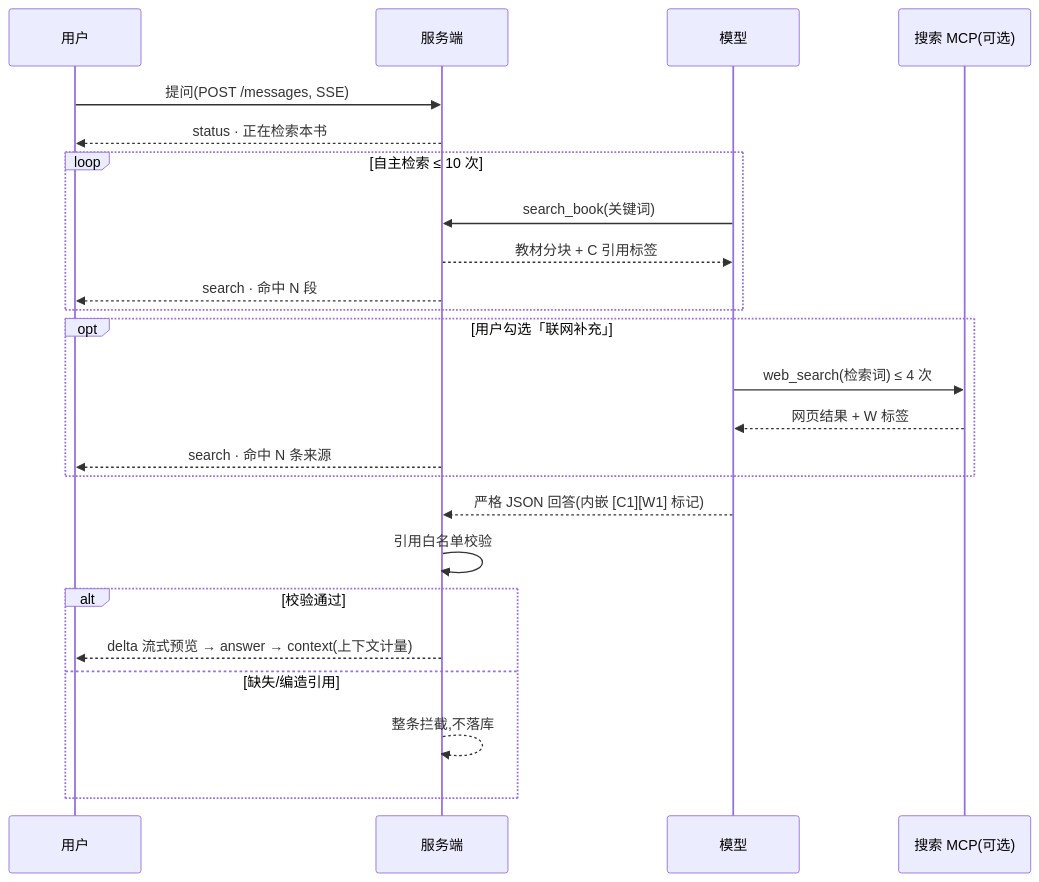
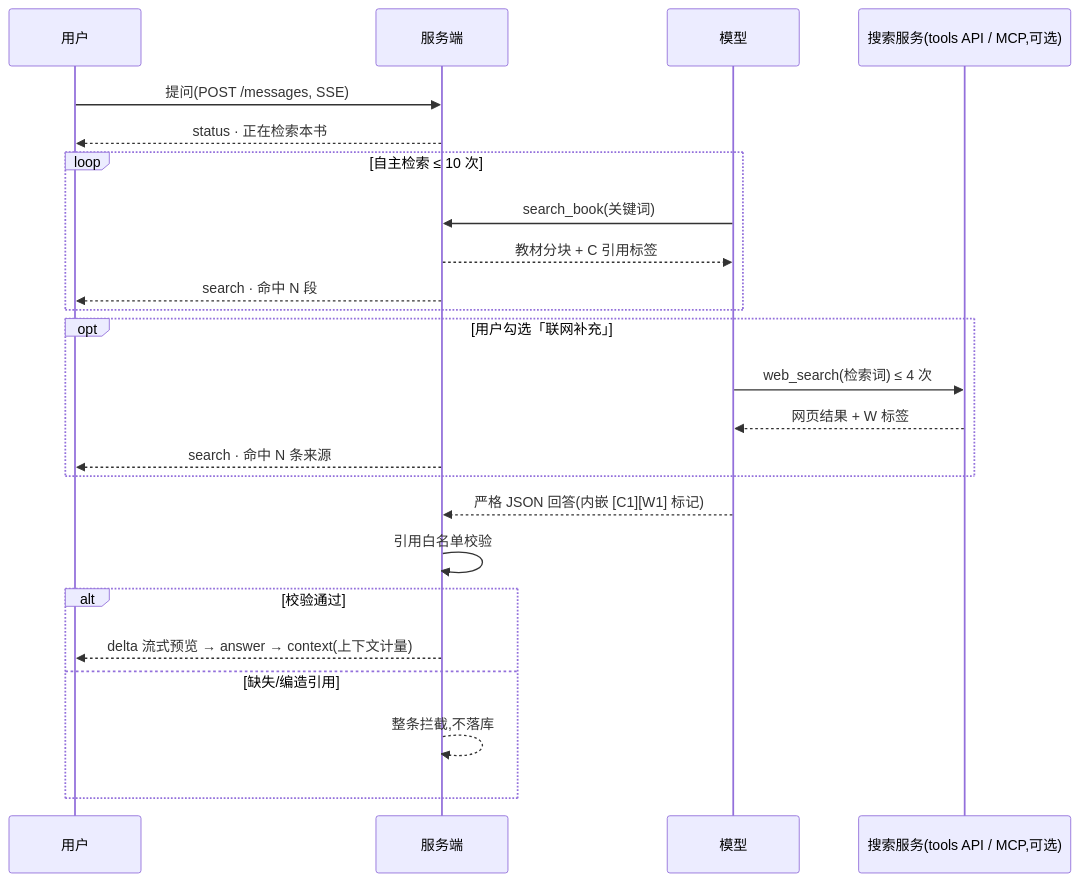
Before and after one commit to Zafer-Liu/book-learning: the second of 4 diagrams in README.zh-CN.md, drawn with Mermaid. The commit also changed other lines of this file and 4 other files, not shown here.

Commit message:
联网搜索默认改走智谱 tools API,普通 API Key 直接可用

````diff
--- a/README.zh-CN.md
+++ b/README.zh-CN.md
@@ -52,26 +52,26 @@
 ```mermaid
 sequenceDiagram
     participant U as 用户
     participant S as 服务端
     participant M as 模型
-    participant W as 搜索 MCP(可选)
+    participant W as 搜索服务(tools API / MCP,可选)
     U->>S: 提问(POST /messages, SSE)
     S-->>U: status · 正在检索本书
     loop 自主检索 ≤ 10 次
         M->>S: search_book(关键词)
         S-->>M: 教材分块 + C 引用标签
         S-->>U: search · 命中 N 段
     end
     opt 用户勾选「联网补充」
         M->>W: web_search(检索词) ≤ 4 次
         W-->>M: 网页结果 + W 标签
         S-->>U: search · 命中 N 条来源
     end
     M-->>S: 严格 JSON 回答(内嵌 [C1][W1] 标记)
     S->>S: 引用白名单校验
     alt 校验通过
         S-->>U: delta 流式预览 → answer → context(上下文计量)
     else 缺失/编造引用
         S-->>S: 整条拦截,不落库
     end
 ```
````
